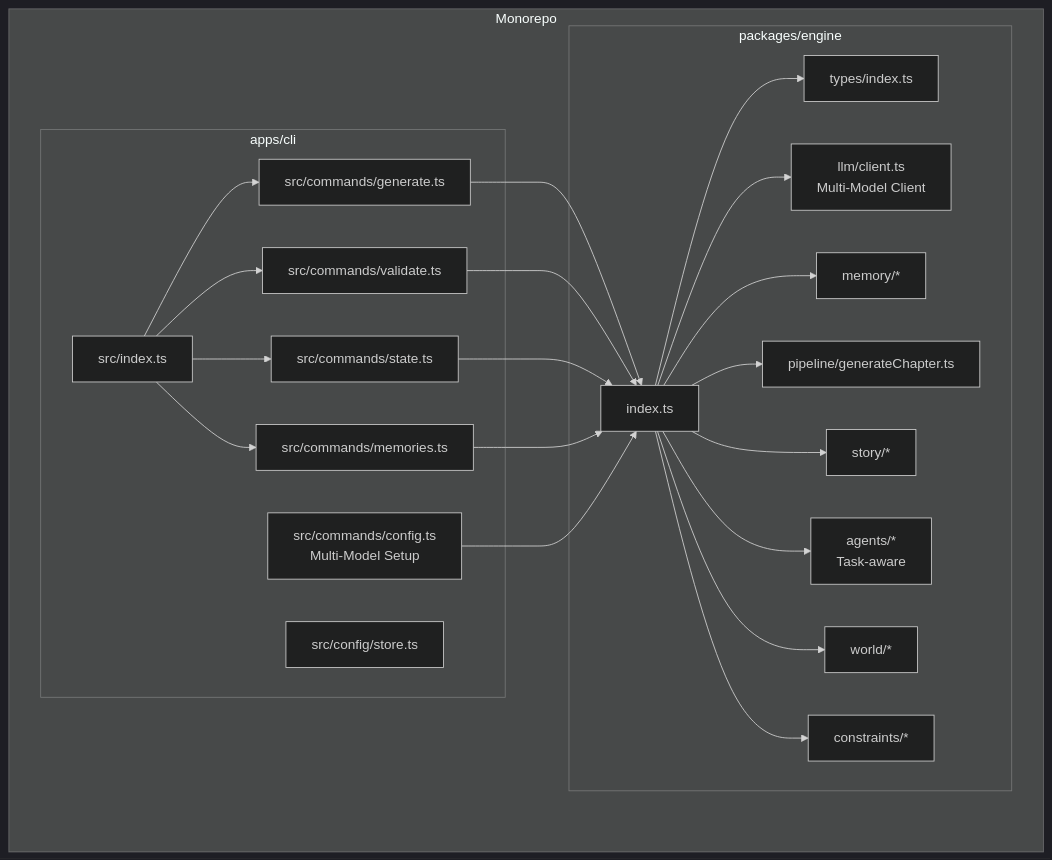
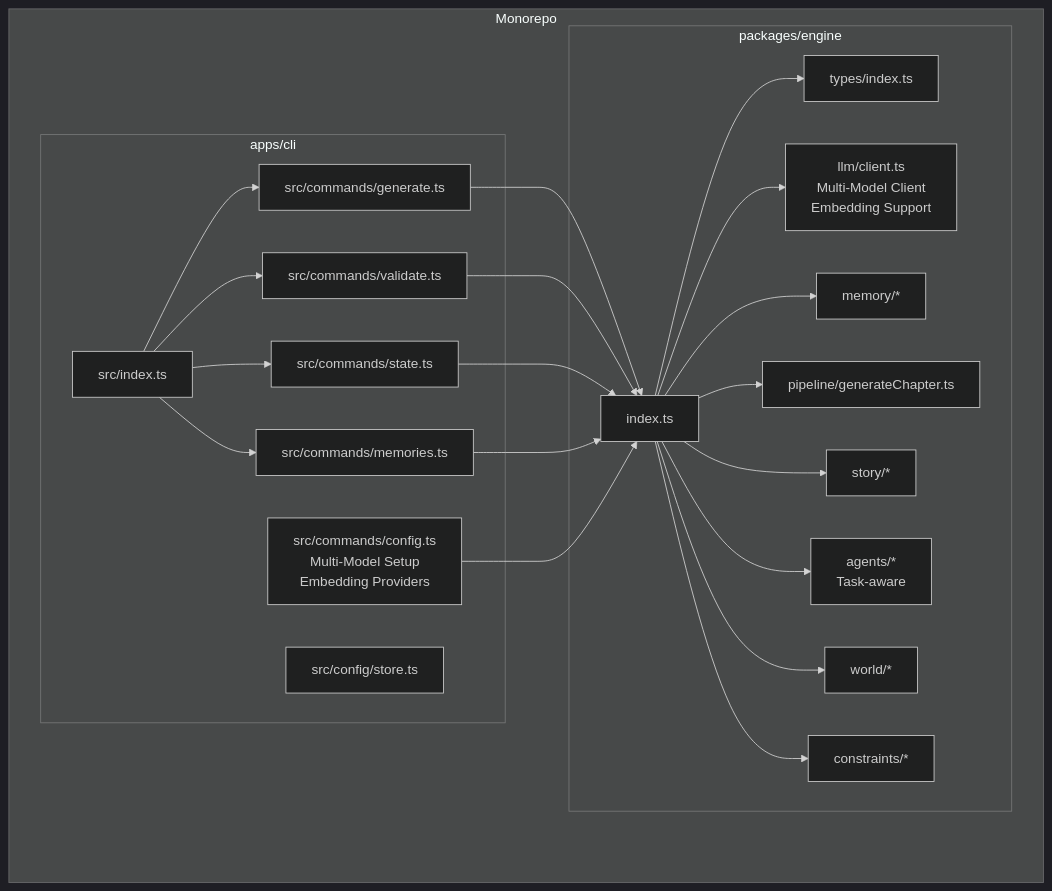
Before and after one commit to liwonder/NARRITIVE_OS: the first of 14 diagrams in .qoder/repowiki/en/content/Engine Architecture/Engine Architecture.md, drawn with Mermaid (dark theme). The commit also changed other lines of this file and 4 other files, not shown here.

Commit message:
wiki and full flow test case

````diff
--- a/.qoder/repowiki/en/content/Engine Architecture/Engine Architecture.md
+++ b/.qoder/repowiki/en/content/Engine Architecture/Engine Architecture.md
@@ -71,42 +73,42 @@
 ```mermaid
 graph TB
 subgraph "Monorepo"
 subgraph "packages/engine"
 E_Index["index.ts"]
 E_Types["types/index.ts"]
-E_LLM["llm/client.ts<br/>Multi-Model Client"]
+E_LLM["llm/client.ts<br/>Multi-Model Client<br/>Embedding Support"]
 E_Memory["memory/*"]
 E_Pipeline["pipeline/generateChapter.ts"]
 E_Story["story/*"]
 E_Agents["agents/*<br/>Task-aware"]
 E_World["world/*"]
 E_Constraints["constraints/*"]
 end
 subgraph "apps/cli"
 C_Index["src/index.ts"]
 C_Gen["src/commands/generate.ts"]
 C_Validate["src/commands/validate.ts"]
 C_State["src/commands/state.ts"]
 C_Memories["src/commands/memories.ts"]
 C_Store["src/config/store.ts"]
-C_Config["src/commands/config.ts<br/>Multi-Model Setup"]
+C_Config["src/commands/config.ts<br/>Multi-Model Setup<br/>Embedding Providers"]
 end
 end
 C_Index --> C_Gen
 C_Index --> C_Validate
 C_Index --> C_State
 C_Index --> C_Memories
 C_Gen --> E_Index
 C_Validate --> E_Index
 C_State --> E_Index
 C_Memories --> E_Index
 C_Config --> E_Index
 E_Index --> E_Types
 E_Index --> E_LLM
 E_Index --> E_Memory
 E_Index --> E_Pipeline
 E_Index --> E_Story
 E_Index --> E_Agents
 E_Index --> E_World
 E_Index --> E_Constraints
 ```
````
